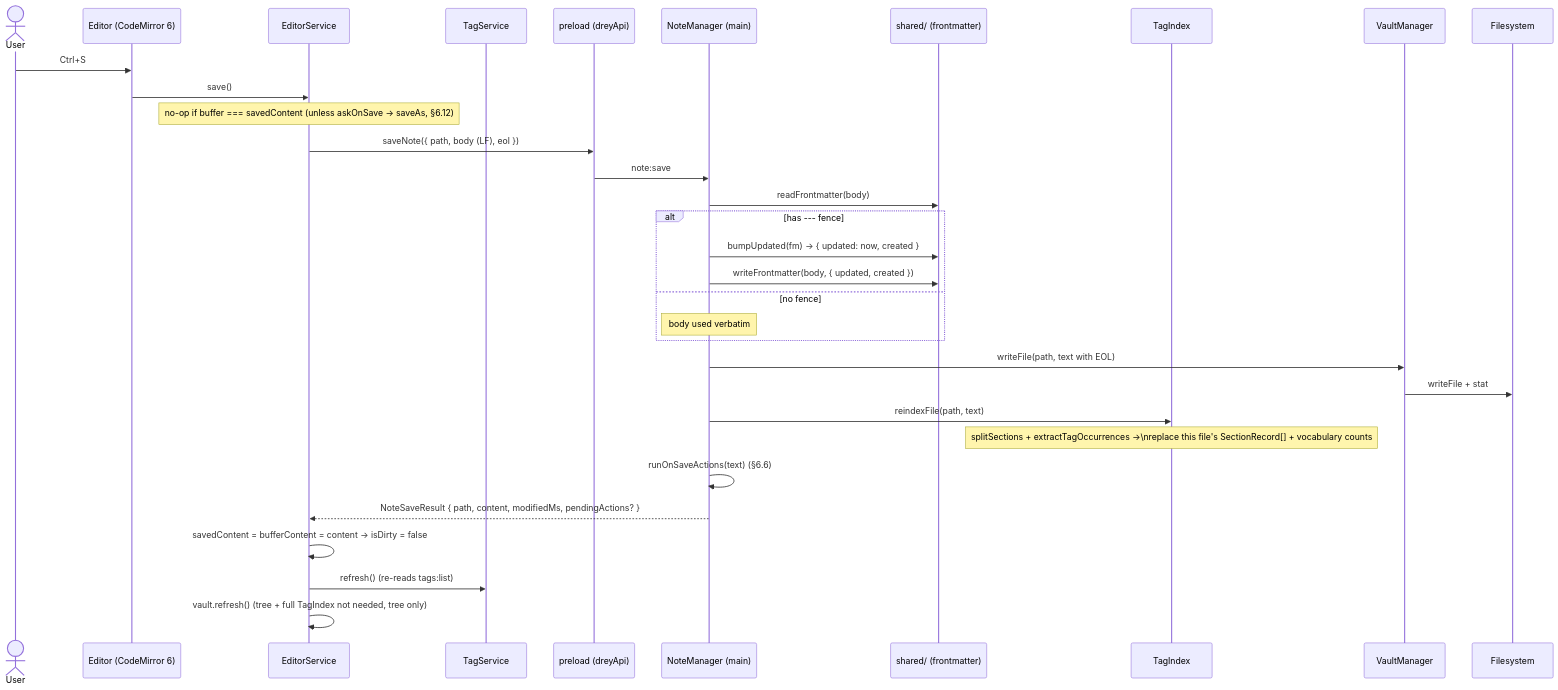
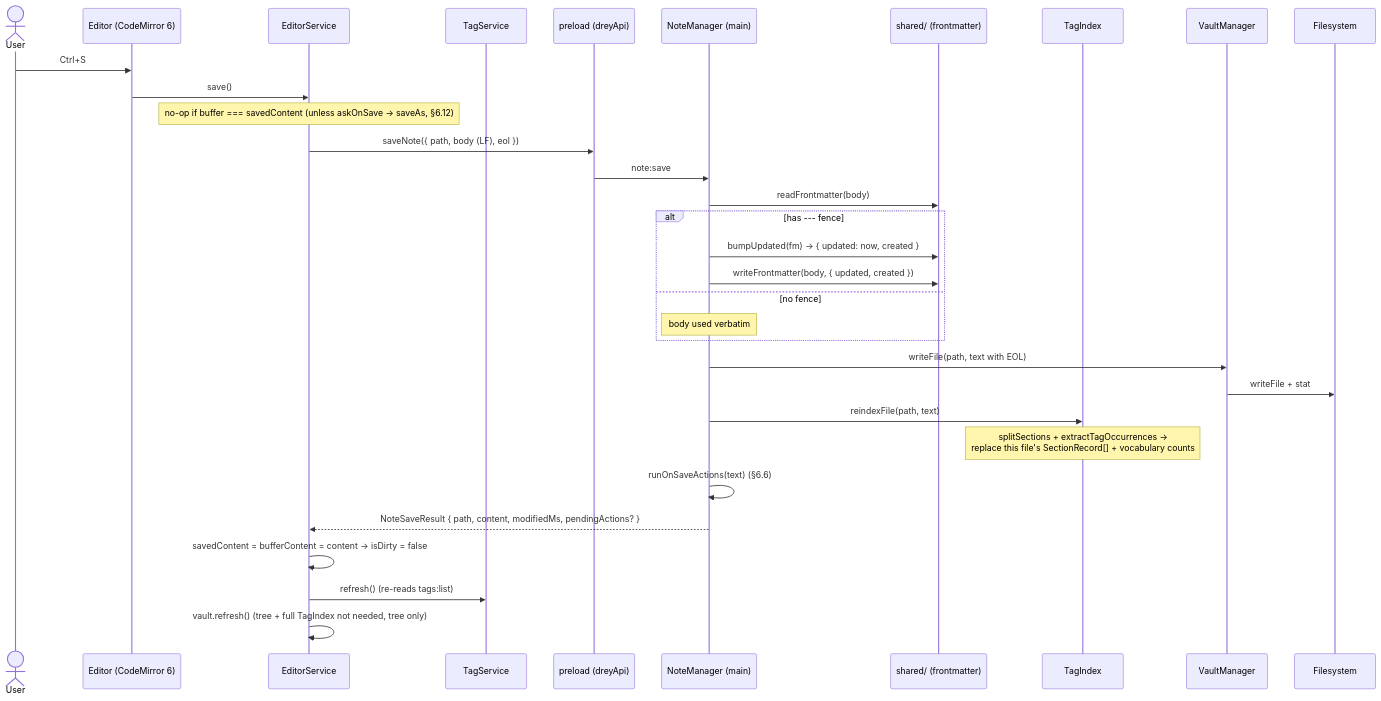
Diagram 11 of 54 in docs/06_runtime_view.md (HenrikPuls/Drey), drawn with Mermaid before and after one commit. The commit also changed other lines of this file and 2 other files, not shown here.

````diff
--- a/docs/06_runtime_view.md
+++ b/docs/06_runtime_view.md
@@ -667,35 +667,35 @@
 ```mermaid
 sequenceDiagram
     actor User
     participant Editor as Editor (CodeMirror 6)
     participant EditorService
     participant TagService
     participant Preload as preload (dreyApi)
     participant NoteManager as NoteManager (main)
     participant Pure as shared/ (frontmatter)
     participant TagIndex
     participant VaultManager
     participant FS as Filesystem
 
     User->>Editor: Ctrl+S
     Editor->>EditorService: save()
     Note over EditorService: no-op if buffer === savedContent (unless askOnSave -> saveAs, §6.12)
     EditorService->>Preload: saveNote({ path, body (LF), eol })
     Preload->>NoteManager: note:save
     NoteManager->>Pure: readFrontmatter(body)
     alt has --- fence
         NoteManager->>Pure: bumpUpdated(fm) -> { updated: now, created }
         NoteManager->>Pure: writeFrontmatter(body, { updated, created })
     else no fence
         Note over NoteManager: body used verbatim
     end
     NoteManager->>VaultManager: writeFile(path, text with EOL)
     VaultManager->>FS: writeFile + stat
     NoteManager->>TagIndex: reindexFile(path, text)
-    Note over TagIndex: splitSections + extractTagOccurrences ->\nreplace this file's SectionRecord[] + vocabulary counts
+    Note over TagIndex: splitSections + extractTagOccurrences -><br/>replace this file's SectionRecord[] + vocabulary counts
     NoteManager->>NoteManager: runOnSaveActions(text)  (§6.6)
     NoteManager-->>EditorService: NoteSaveResult { path, content, modifiedMs, pendingActions? }
     EditorService->>EditorService: savedContent = bufferContent = content -> isDirty = false
     EditorService->>TagService: refresh()  (re-reads tags:list)
     EditorService->>EditorService: vault.refresh()  (tree + full TagIndex not needed, tree only)
 ```
````
